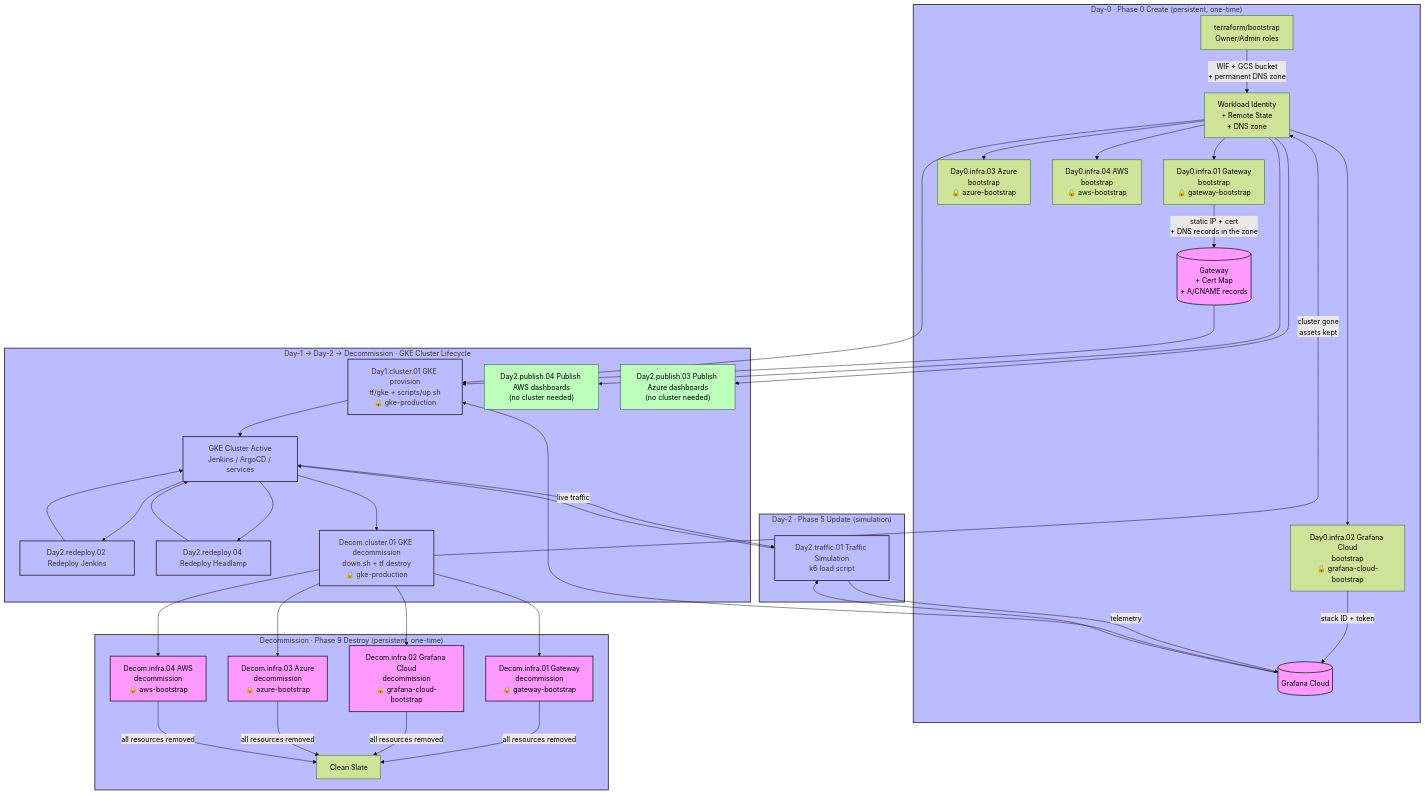
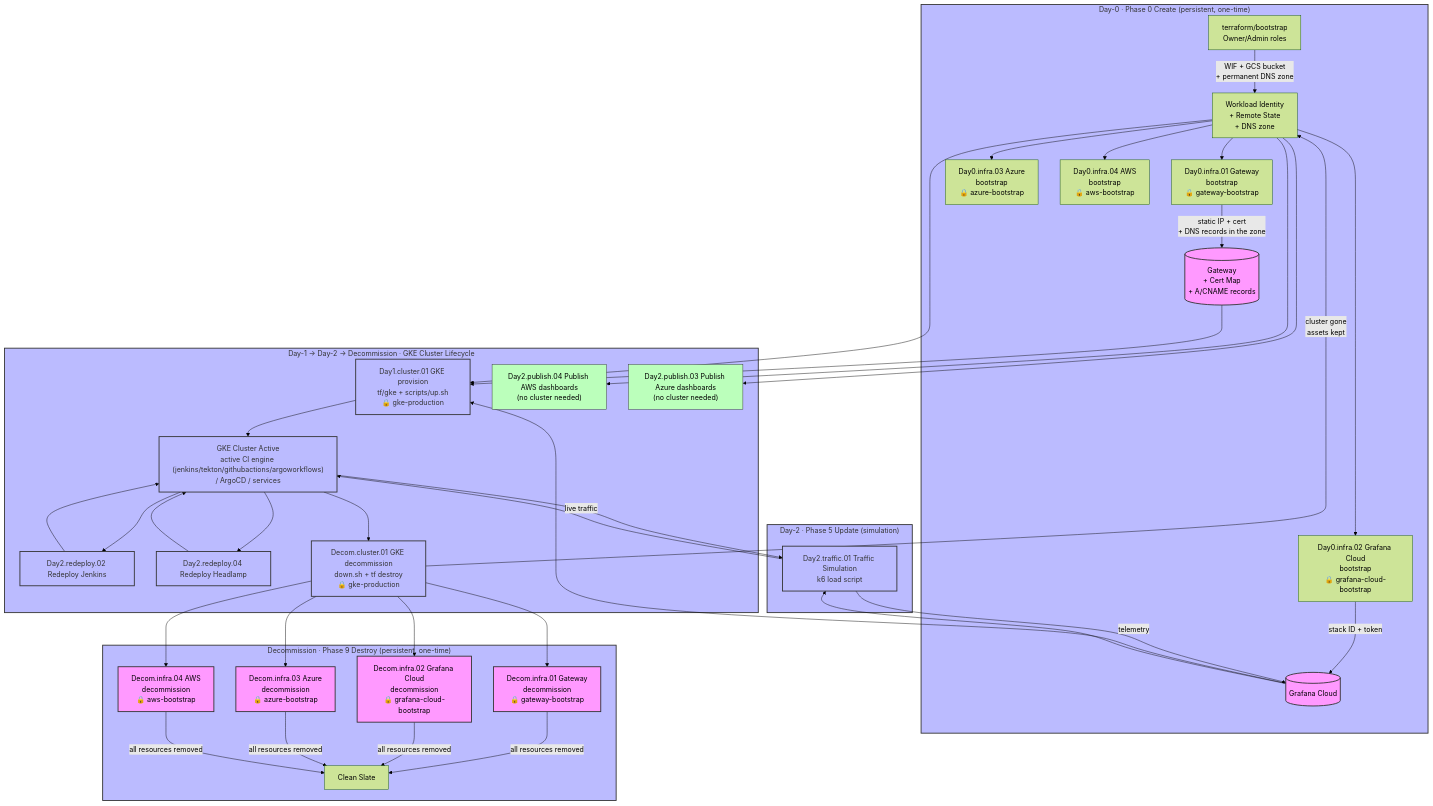
One commit to nubenetes/jenkins-2026 changed the third of 4 diagrams in docs/102-GITHUB_ACTIONS_AUTOMATION.md. Above: the diagram before and after it, drawn with Mermaid (forest theme). The commit also changed 4 other files, not shown here.

First line of the commit message:
docs: align remaining mermaid diagrams with main + fix 2 pre-existing broken diagrams (#478)

````diff
--- a/docs/102-GITHUB_ACTIONS_AUTOMATION.md
+++ b/docs/102-GITHUB_ACTIONS_AUTOMATION.md
@@ -127,45 +127,45 @@
 ```mermaid
 graph TD
     subgraph Bootstrapping ["Day-0 · Phase 0 Create (persistent, one-time)"]
         A["terraform/bootstrap<br>Owner/Admin roles"] -->|"WIF + GCS bucket<br>+ permanent DNS zone"| B["Workload Identity<br>+ Remote State<br>+ DNS zone"]
         B --> C["Day0.infra.01 Gateway<br>bootstrap<br>🔒 gateway-bootstrap"]
         B --> D["Day0.infra.02 Grafana Cloud<br>bootstrap<br>🔒 grafana-cloud-bootstrap"]
         B --> C2["Day0.infra.03 Azure<br>bootstrap<br>🔒 azure-bootstrap"]
         B --> C3["Day0.infra.04 AWS<br>bootstrap<br>🔒 aws-bootstrap"]
         C -->|"static IP + cert<br>+ DNS records in the zone"| F[("Gateway<br>+ Cert Map<br>+ A/CNAME records")]
         D -->|"stack ID + token"| E[("Grafana Cloud")]
     end
 
     subgraph GKE_Lifecycle ["Day-1 → Day-2 → Decommission · GKE Cluster Lifecycle"]
         F & E & B --> G["Day1.cluster.01 GKE provision<br>tf/gke + scripts/up.sh<br>🔒 gke-production"]
-        G --> H["GKE Cluster Active<br>Jenkins / ArgoCD / services"]
+        G --> H["GKE Cluster Active<br>active CI engine (jenkins/tekton/githubactions/argoworkflows)<br>/ ArgoCD / services"]
         H --> I["Day2.redeploy.02 Redeploy Jenkins"]
         H --> J["Day2.redeploy.04 Redeploy Headlamp"]
         B --> L2["Day2.publish.04 Publish AWS dashboards<br>(no cluster needed)"]
         B --> M2["Day2.publish.03 Publish Azure dashboards<br>(no cluster needed)"]
         I & J --> H
         H --> K["Decom.cluster.01 GKE decommission<br>down.sh + tf destroy<br>🔒 gke-production"]
         K -->|"cluster gone<br>assets kept"| B
     end
 
     subgraph Simulation ["Day-2 · Phase 5 Update (simulation)"]
         H & E --> O["Day2.traffic.01 Traffic Simulation<br>k6 load script"]
         O -->|"live traffic"| H
         O -->|"telemetry"| E
     end
 
     subgraph Persistent_Teardown ["Decommission · Phase 9 Destroy (persistent, one-time)"]
         K --> P1["Decom.infra.01 Gateway<br>decommission<br>🔒 gateway-bootstrap"]
         K --> P2["Decom.infra.02 Grafana Cloud<br>decommission<br>🔒 grafana-cloud-bootstrap"]
         K --> P3["Decom.infra.03 Azure<br>decommission<br>🔒 azure-bootstrap"]
         K --> P4["Decom.infra.04 AWS<br>decommission<br>🔒 aws-bootstrap"]
         P1 & P2 & P3 & P4 -->|"all resources removed"| N["Clean Slate"]
     end
 
     classDef persistent fill:#f9f,stroke:#333,stroke-width:2px;
     classDef cluster fill:#bbf,stroke:#333,stroke-width:2px;
     classDef update fill:#bfb,stroke:#333,stroke-width:1px;
     class E,F,P1,P2,P3,P4 persistent;
     class G,H,I,J,K,O cluster;
     class L2,M2 update;
 ```
````
